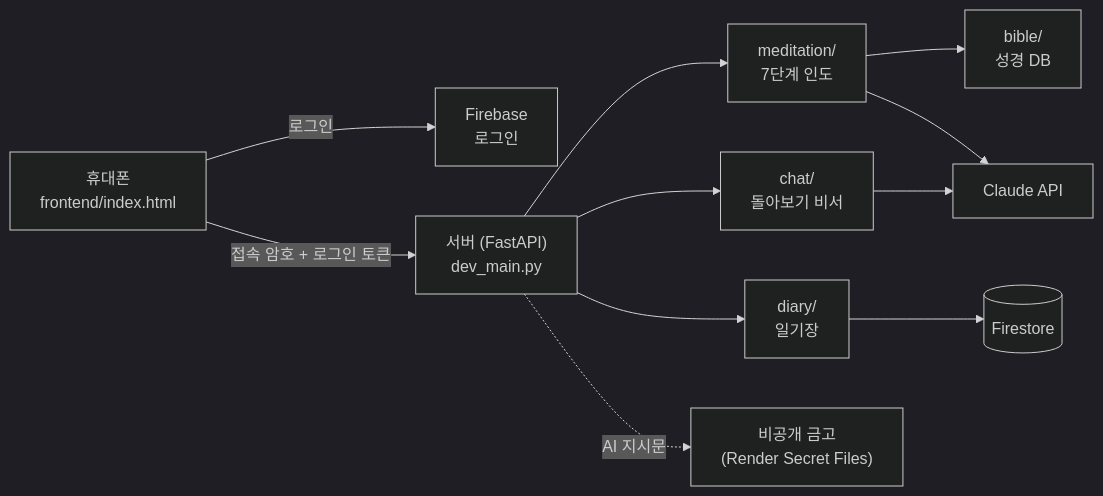
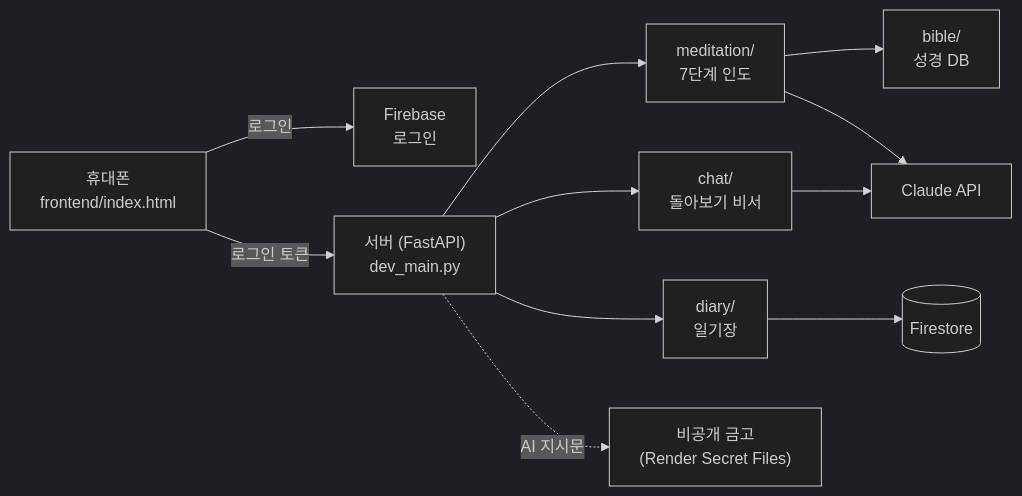
The diagram in README.md (Lightofdarkness5083/diary-chat), drawn with Mermaid (dark theme) before and after one commit. The commit also changed other lines of this file and 5 other files, not shown here.

````diff
--- a/README.md
+++ b/README.md
@@ -46,13 +46,13 @@
 ```mermaid
 flowchart LR
     phone["휴대폰<br/>frontend/index.html"] -->|로그인| fbauth["Firebase<br/>로그인"]
-    phone -->|접속 암호 + 로그인 토큰| server["서버 (FastAPI)<br/>dev_main.py"]
+    phone -->|로그인 토큰| server["서버 (FastAPI)<br/>dev_main.py"]
     server --> med["meditation/<br/>7단계 인도"]
     server --> chat["chat/<br/>돌아보기 비서"]
     server --> diary["diary/<br/>일기장"]
     med --> bible["bible/<br/>성경 DB"]
     med --> claude["Claude API"]
     chat --> claude
     diary --> fs[("Firestore")]
     server -.->|AI 지시문| vault["비공개 금고<br/>(Render Secret Files)"]
 ```
````
